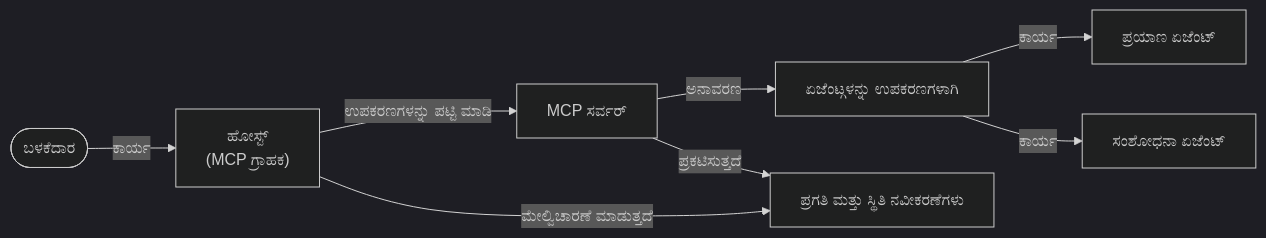
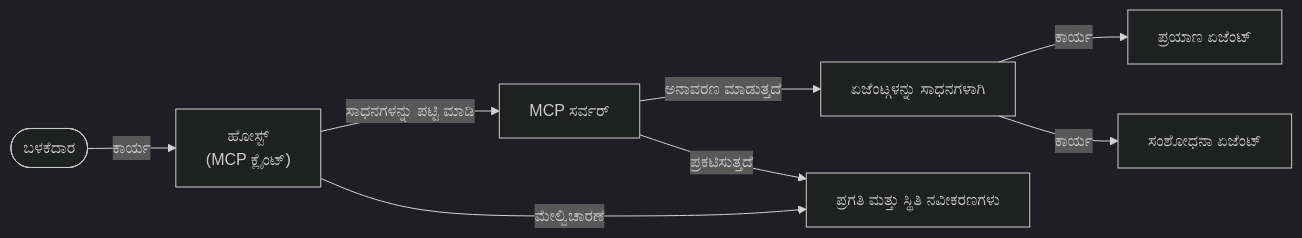
One commit to gabrielmoreira/agent-skills-mirror changed the fifth of 5 diagrams in mirrors/repos/microsoft@ai-agents-for-beginners/translations/kn/11-agentic-protocols/code_samples/mcp-agents/README.md. Above: the diagram before and after it, drawn with Mermaid (dark theme). The commit also changed other lines of this file and 4262 other files, not shown here.

````diff
--- a/mirrors/repos/microsoft@ai-agents-for-beginners/translations/kn/11-agentic-protocols/code_samples/mcp-agents/README.md
+++ b/mirrors/repos/microsoft@ai-agents-for-beginners/translations/kn/11-agentic-protocols/code_samples/mcp-agents/README.md
@@ -433,15 +448,15 @@
 ```mermaid
 graph LR
-    User([ಬಳಕೆದಾರ]) -->|"ಕಾರ್ಯ"| Host["ಹೋಸ್ಟ್<br/>(MCP ಗ್ರಾಹಕ)"]
-    Host -->|ಉಪಕರಣಗಳನ್ನು ಪಟ್ಟಿ ಮಾಡಿ| Server[MCP ಸರ್ವರ್]
-    Server -->|ಅನಾವರಣ| AgentsTools[ಏಜೆಂಟ್ಗಳನ್ನು ಉಪಕರಣಗಳಾಗಿ]
+    User([ಬಳಕೆದಾರ]) -->|"ಕಾರ್ಯ"| Host["ಹೋಸ್ಟ್<br/>(MCP ಕ್ಲೈಂಟ್)"]
+    Host -->|ಸಾಧನಗಳನ್ನು ಪಟ್ಟಿ ಮಾಡಿ| Server[MCP ಸರ್ವರ್]
+    Server -->|ಅನಾವರಣ ಮಾಡುತ್ತದೆ| AgentsTools[ಏಜೆಂಟ್ಗಳನ್ನು ಸಾಧನಗಳಾಗಿ]
     AgentsTools -->|ಕಾರ್ಯ| AgentA[ಪ್ರಯಾಣ ಏಜೆಂಟ್]
     AgentsTools -->|ಕಾರ್ಯ| AgentB[ಸಂಶೋಧನಾ ಏಜೆಂಟ್]
 
-    Host -->|ಮೇಲ್ವಿಚಾರಣೆ ಮಾಡುತ್ತದೆ| StateUpdates[ಪ್ರಗತಿ ಮತ್ತು ಸ್ಥಿತಿ ನವೀಕರಣೆಗಳು]
+    Host -->|ಮೇಲ್ವಿಚಾರಣೆ| StateUpdates[ಪ್ರಗತಿ ಮತ್ತು ಸ್ಥಿತಿ ನವೀಕರಣಗಳು]
     Server -->|ಪ್ರಕಟಿಸುತ್ತದೆ| StateUpdates
 
     class User user;
     class AgentA,AgentB agent;
     class Host,Server,StateUpdates core;
 ```
````
